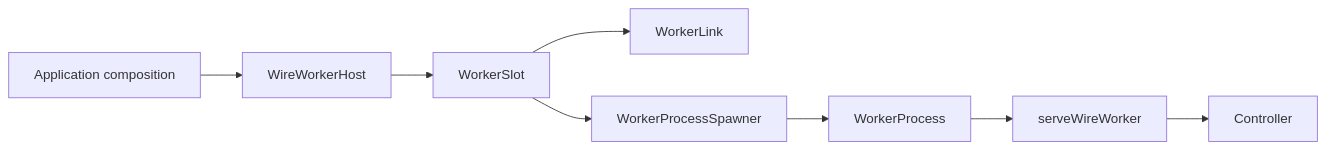
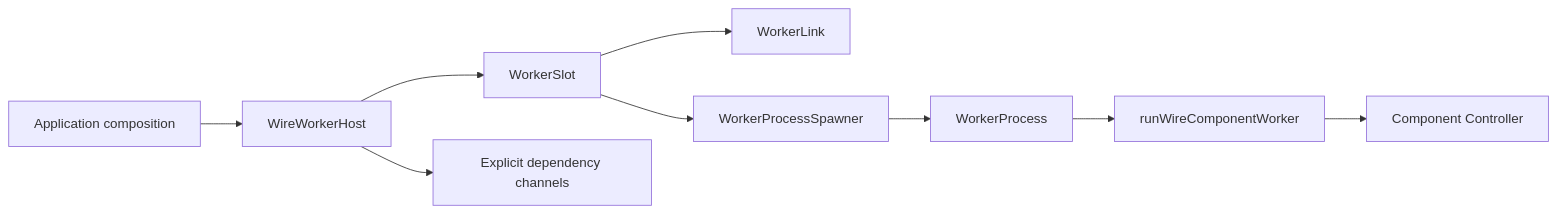
The diagram in packages/wire/docs/runtime/workers.md (generalaction/emdash), drawn with Mermaid before and after one commit. The commit also changed other lines of this file and 83 other files, not shown here.

````diff
--- a/packages/wire/docs/runtime/workers.md
+++ b/packages/wire/docs/runtime/workers.md
@@ -10,10 +13,11 @@
 ```mermaid
 flowchart LR
   App["Application composition"] --> Host["WireWorkerHost"]
   Host --> Slot["WorkerSlot"]
   Slot --> Link["WorkerLink"]
   Slot --> Spawner["WorkerProcessSpawner"]
   Spawner --> Process["WorkerProcess"]
-  Process --> Serve["serveWireWorker"]
-  Serve --> Controller["Controller"]
+  Process --> Runner["runWireComponentWorker"]
+  Runner --> Controller["Component Controller"]
+  Host --> Deps["Explicit dependency channels"]
 ```
````
